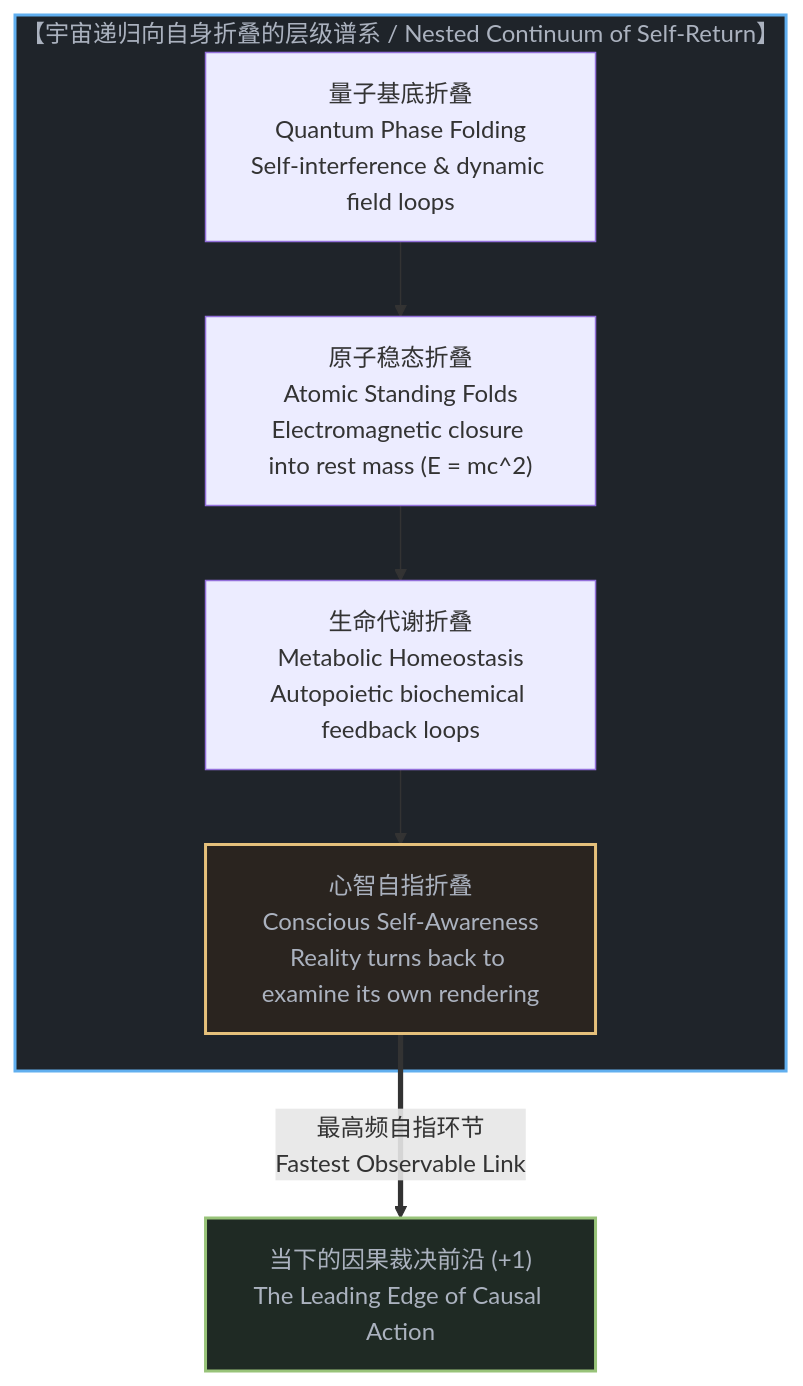
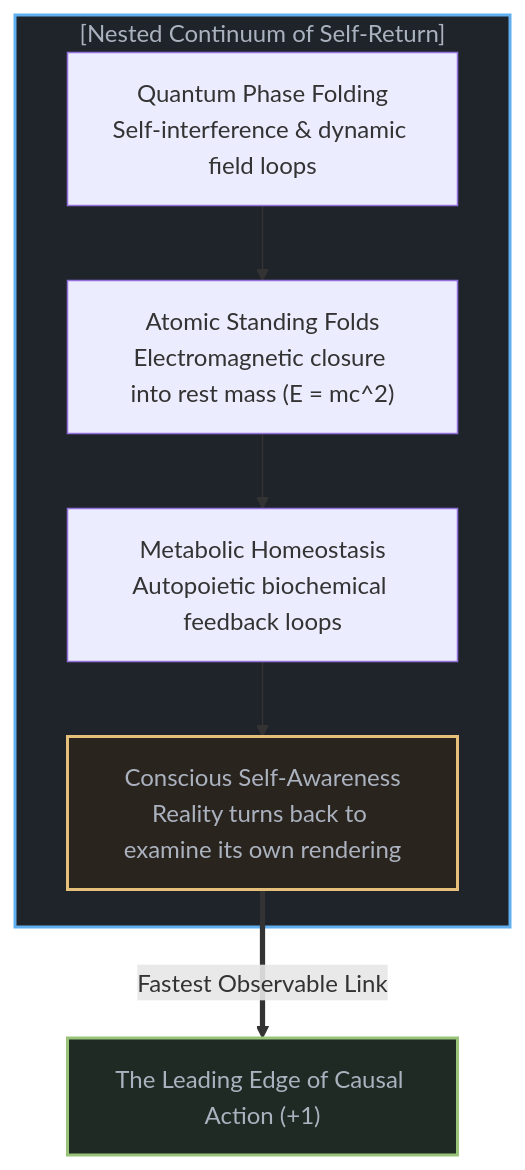
The second of 10 diagrams in content/posts/the-velocity-of-visibility.md (powerpig99/not-a-toe), drawn with Mermaid before and after one commit. The commit also changed other lines of this file and 7 other files, not shown here.

````diff
--- a/content/posts/the-velocity-of-visibility.md
+++ b/content/posts/the-velocity-of-visibility.md
@@ -17,19 +49,19 @@
 ```mermaid
 graph TD
-    subgraph CosmicFolding["【宇宙递归向自身折叠的层级谱系 / Nested Continuum of Self-Return】"]
-        QuantumFold["量子基底折叠<br>Quantum Phase Folding<br>Self-interference & dynamic field loops"]
-        AtomicFold["原子稳态折叠<br>Atomic Standing Folds<br>Electromagnetic closure into rest mass (E = mc^2)"]
-        BioFold["生命代谢折叠<br>Metabolic Homeostasis<br>Autopoietic biochemical feedback loops"]
-        MindFold["心智自指折叠<br>Conscious Self-Awareness<br>Reality turns back to examine its own rendering"]
+    subgraph CosmicFolding["[Nested Continuum of Self-Return]"]
+        QuantumFold["Quantum Phase Folding<br>Self-interference & dynamic field loops"]
+        AtomicFold["Atomic Standing Folds<br>Electromagnetic closure into rest mass (E = mc^2)"]
+        BioFold["Metabolic Homeostasis<br>Autopoietic biochemical feedback loops"]
+        MindFold["Conscious Self-Awareness<br>Reality turns back to examine its own rendering"]
 
         QuantumFold --> AtomicFold
         AtomicFold --> BioFold
         BioFold --> MindFold
     end
 
-    MindFold ==>|"最高频自指环节<br>Fastest Observable Link"| LeadingEdge["当下的因果裁决前沿 (+1)<br>The Leading Edge of Causal Action"]
+    MindFold ==>|"Fastest Observable Link"| LeadingEdge["The Leading Edge of Causal Action (+1)"]
 
     style CosmicFolding fill:#1f242a,stroke:#61afef,stroke-width:2px,color:#abb2bf
     style MindFold fill:#2a241f,stroke:#e5c07b,stroke-width:2px,color:#abb2bf
     style LeadingEdge fill:#1f2a24,stroke:#98c379,stroke-width:2px,color:#abb2bf
 ```
````
